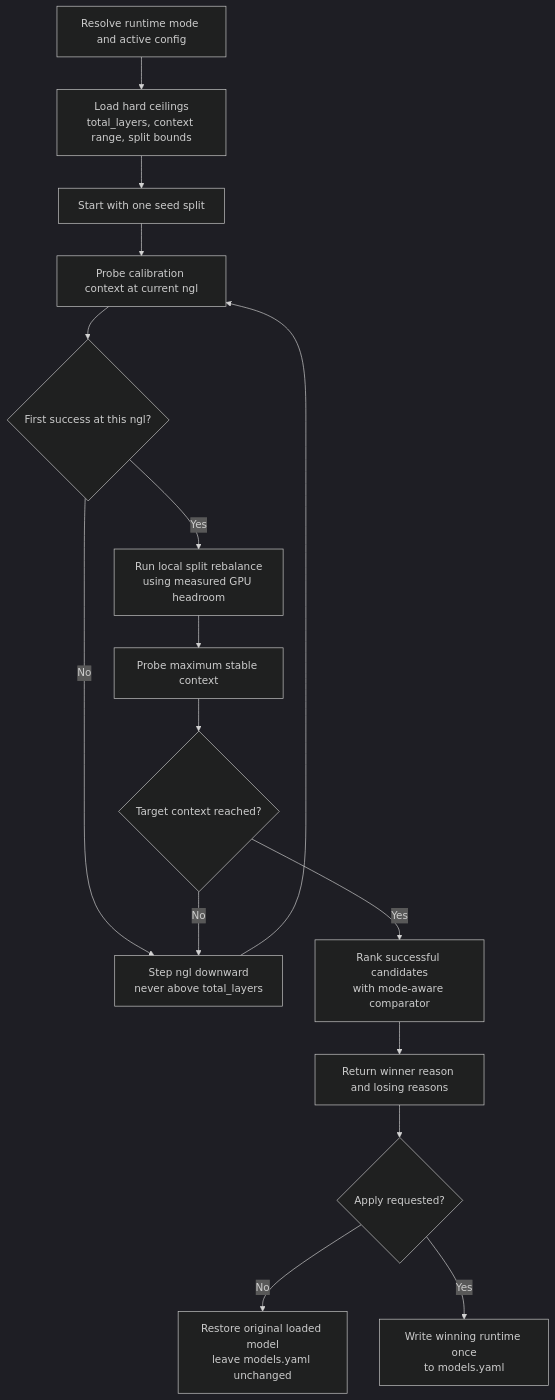
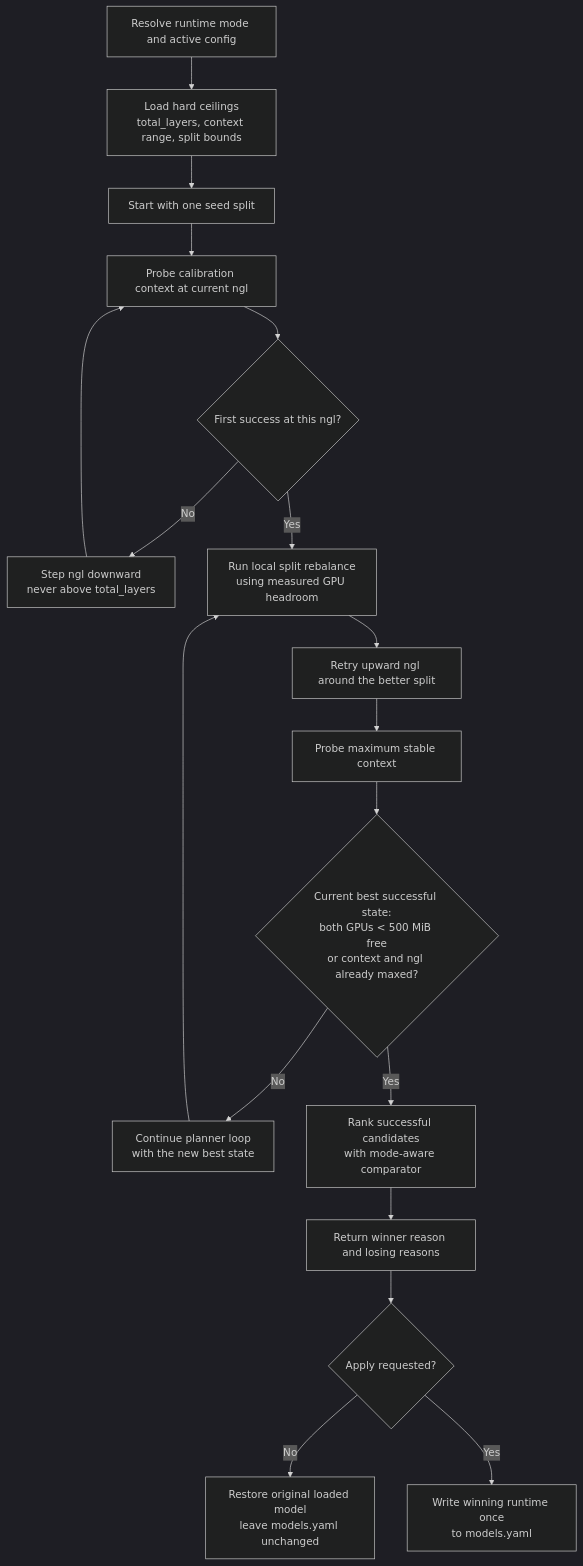
Before and after one commit to m0nklabs/guardian-llmprovider-gateway: the diagram in docs/FINETUNE_V2_REQUIREMENTS.md, drawn with Mermaid (dark theme). The commit also changed other lines of this file and 1 other file, not shown here.

````diff
--- a/docs/FINETUNE_V2_REQUIREMENTS.md
+++ b/docs/FINETUNE_V2_REQUIREMENTS.md
@@ -108,18 +141,20 @@
 ```mermaid
 flowchart TD
    A[Resolve runtime mode and active config] --> B[Load hard ceilings<br/>total_layers, context range, split bounds]
    B --> C[Start with one seed split]
    C --> D[Probe calibration context at current ngl]
    D --> E{First success at this ngl?}
    E -- No --> F[Step ngl downward<br/>never above total_layers]
    F --> D
    E -- Yes --> G[Run local split rebalance<br/>using measured GPU headroom]
-   G --> H[Probe maximum stable context]
-   H --> I{Target context reached?}
-   I -- No --> F
-   I -- Yes --> J[Rank successful candidates<br/>with mode-aware comparator]
-   J --> K[Return winner reason and losing reasons]
-   K --> L{Apply requested?}
-   L -- No --> M[Restore original loaded model<br/>leave models.yaml unchanged]
-   L -- Yes --> N[Write winning runtime once<br/>to models.yaml]
+   G --> H[Retry upward ngl around the better split]
+   H --> I[Probe maximum stable context]
+   I --> J{Current best successful state:<br/>both GPUs < 500 MiB free<br/>or context and ngl already maxed?}
+   J -- No --> K[Continue planner loop<br/>with the new best state]
+   K --> G
+   J -- Yes --> L[Rank successful candidates<br/>with mode-aware comparator]
+   L --> M[Return winner reason and losing reasons]
+   M --> N{Apply requested?}
+   N -- No --> O[Restore original loaded model<br/>leave models.yaml unchanged]
+   N -- Yes --> P[Write winning runtime once<br/>to models.yaml]
 ```
````
